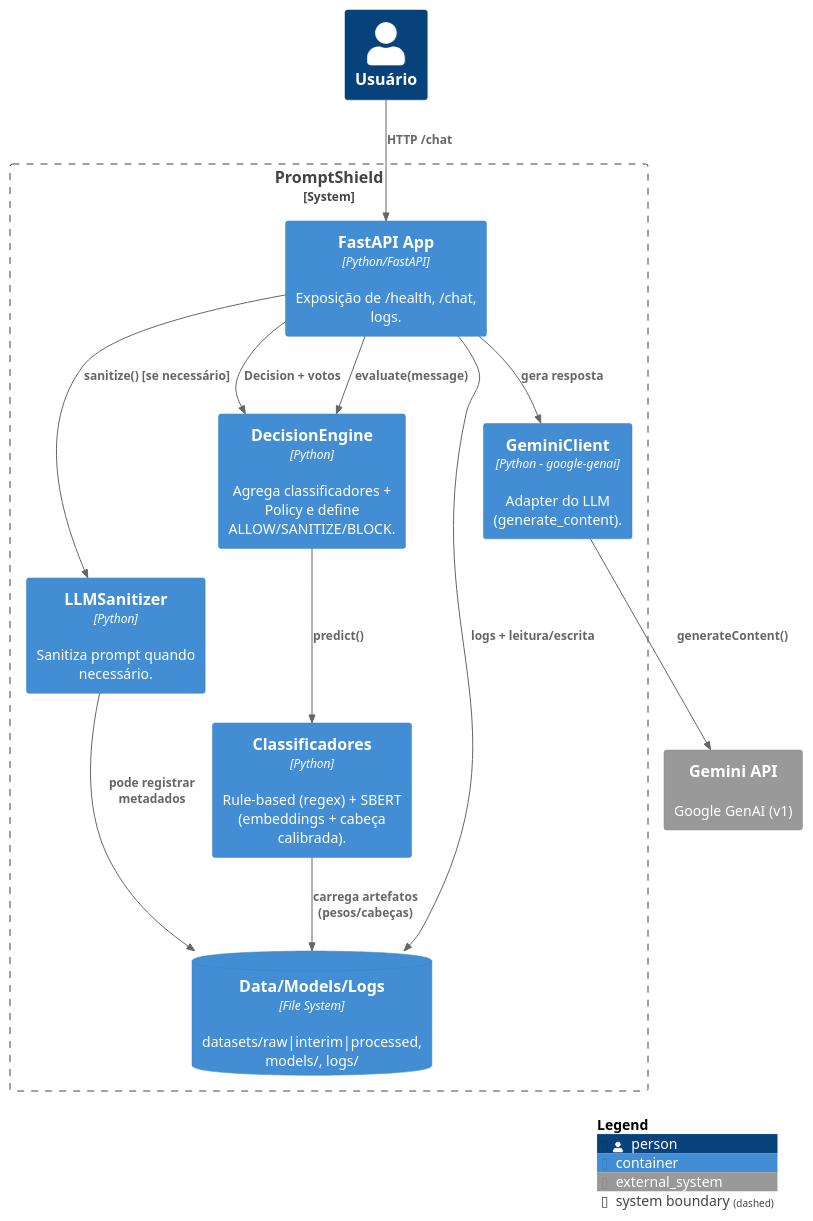
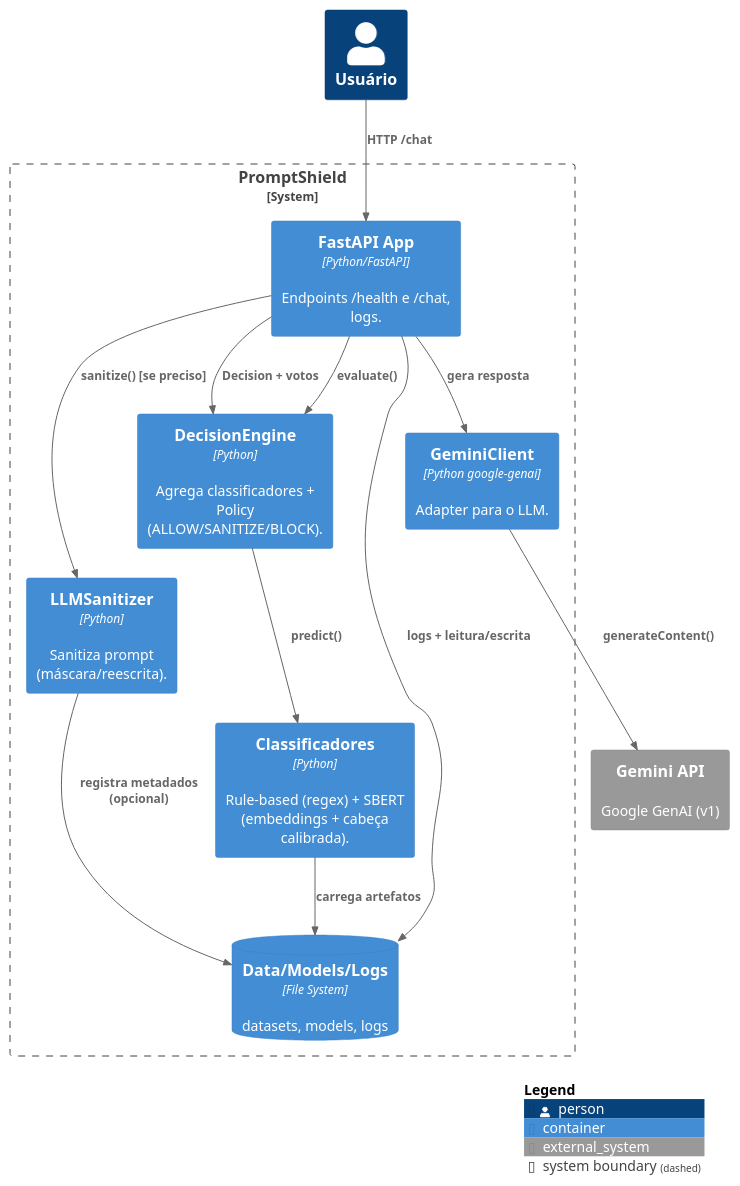
One commit to marcustenorio/promptshield changed the diagram in c4model/c4-container.puml. Above: the diagram before and after it, drawn with PlantUML. The commit also changed 10 other files, not shown here.

```diff
--- a/c4model/c4-container.puml
+++ b/c4model/c4-container.puml
@@ -1,30 +1,29 @@
 @startuml
-!include https://raw.githubusercontent.com/plantuml-stdlib/C4-PlantUML/master/C4_Container.puml
+!include ./vendor/C4_Container.puml
 LAYOUT_WITH_LEGEND()
 
 Person(user, "Usuário")
 
 System_Boundary(ps, "PromptShield") {
-  Container(api, "FastAPI App", "Python/FastAPI", "Exposição de /health, /chat, logs.")
-  Container(decision, "DecisionEngine", "Python", "Agrega classificadores + Policy e define ALLOW/SANITIZE/BLOCK.")
+  Container(api, "FastAPI App", "Python/FastAPI", "Endpoints /health e /chat, logs.")
+  Container(decision, "DecisionEngine", "Python", "Agrega classificadores + Policy (ALLOW/SANITIZE/BLOCK).")
   Container(classifiers, "Classificadores", "Python", "Rule-based (regex) + SBERT (embeddings + cabeça calibrada).")
-  Container(sanitizer, "LLMSanitizer", "Python", "Sanitiza prompt quando necessário.")
-  Container(gemini_client, "GeminiClient", "Python - google-genai", "Adapter do LLM (generate_content).")
-  ContainerDb(data, "Data/Models/Logs", "File System", "datasets/raw|interim|processed, models/, logs/")
+  Container(sanitizer, "LLMSanitizer", "Python", "Sanitiza prompt (máscara/reescrita).")
+  Container(gemini_client, "GeminiClient", "Python google-genai", "Adapter para o LLM.")
+  ContainerDb(data, "Data/Models/Logs", "File System", "datasets, models, logs")
 }
-
 System_Ext(gemini, "Gemini API", "Google GenAI (v1)")
 
 Rel(user, api, "HTTP /chat")
-Rel(api, decision, "evaluate(message)")
+Rel(api, decision, "evaluate()")
 Rel(decision, classifiers, "predict()")
 Rel_Back(decision, api, "Decision + votos")
-Rel(api, sanitizer, "sanitize() [se necessário]")
+Rel(api, sanitizer, "sanitize() [se preciso]")
 Rel(api, gemini_client, "gera resposta")
 Rel(gemini_client, gemini, "generateContent()")
 Rel(api, data, "logs + leitura/escrita")
-Rel(classifiers, data, "carrega artefatos (pesos/cabeças)")
-Rel(sanitizer, data, "pode registrar metadados")
+Rel(classifiers, data, "carrega artefatos")
+Rel(sanitizer, data, "registra metadados (opcional)")
 
 SHOW_LEGEND()
 @enduml
```
